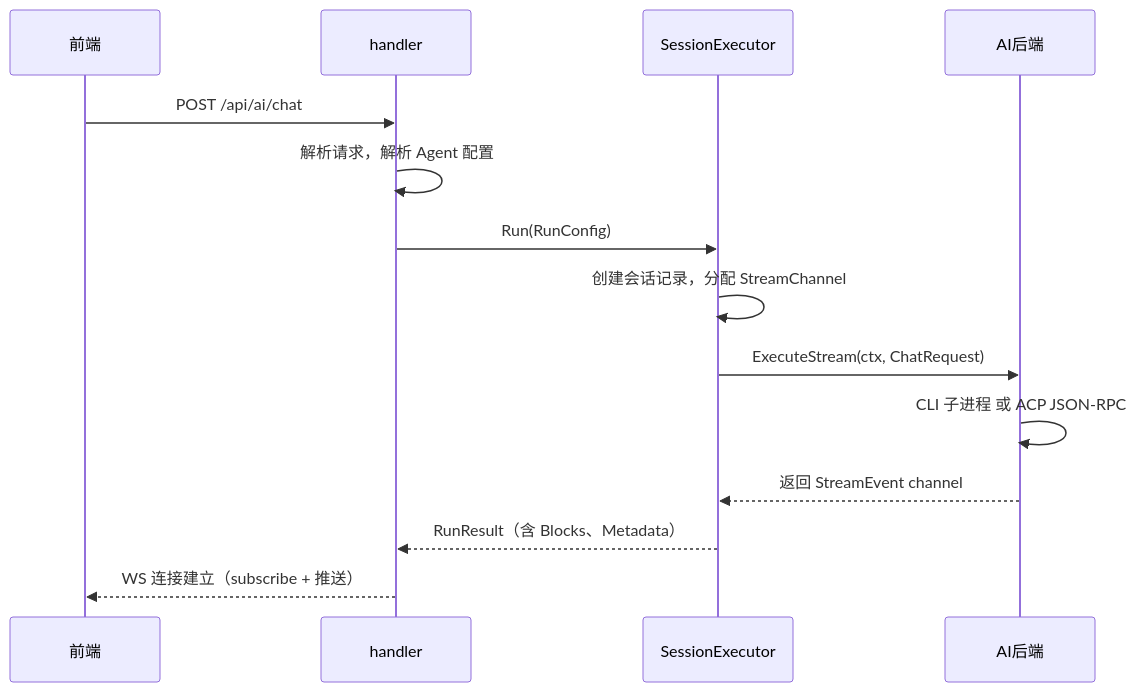
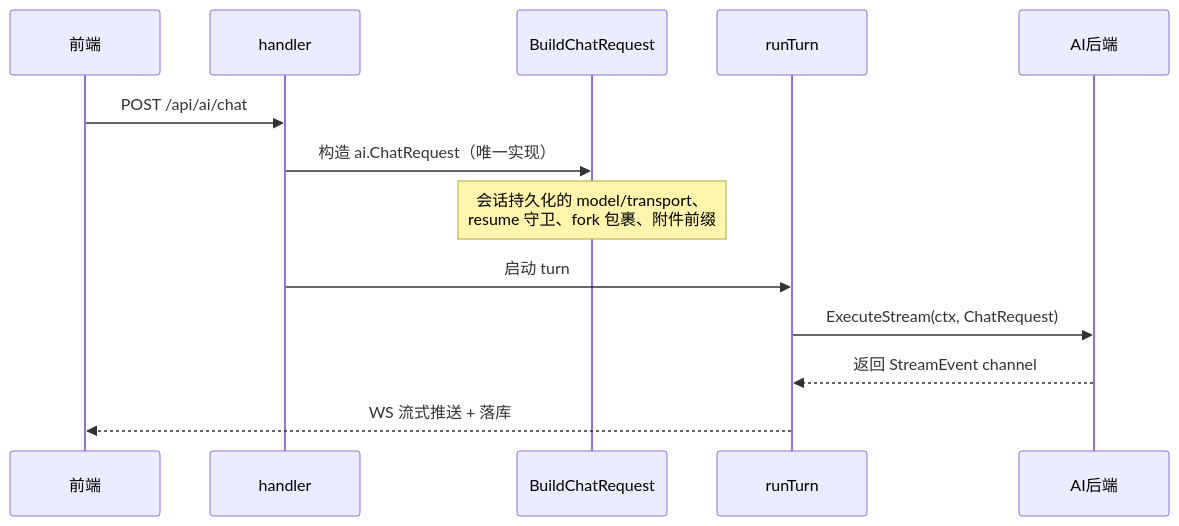
Before and after one commit to clawbench-dev/clawbench: the first of 5 diagrams in docs/spec/core/chat-flow.md, drawn with Mermaid. The commit also changed other lines of this file and 17 other files, not shown here.

````diff
--- a/docs/spec/core/chat-flow.md
+++ b/docs/spec/core/chat-flow.md
@@ -9,17 +9,16 @@
 ```mermaid
 sequenceDiagram
     participant 前端
     participant handler
-    participant SessionExecutor
+    participant BuildChatRequest
+    participant runTurn
     participant AI后端
 
     前端->>handler: POST /api/ai/chat
-    handler->>handler: 解析请求，解析 Agent 配置
-    handler->>SessionExecutor: Run(RunConfig)
-    SessionExecutor->>SessionExecutor: 创建会话记录，分配 StreamChannel
-    SessionExecutor->>AI后端: ExecuteStream(ctx, ChatRequest)
-    AI后端->>AI后端: CLI 子进程 或 ACP JSON-RPC
-    AI后端-->>SessionExecutor: 返回 StreamEvent channel
-    SessionExecutor-->>handler: RunResult（含 Blocks、Metadata）
-    handler-->>前端: WS 连接建立（subscribe + 推送）
+    handler->>BuildChatRequest: 构造 ai.ChatRequest（唯一实现）
+    Note over BuildChatRequest: 会话持久化的 model/transport、<br/>resume 守卫、fork 包裹、附件前缀
+    handler->>runTurn: 启动 turn
+    runTurn->>AI后端: ExecuteStream(ctx, ChatRequest)
+    AI后端-->>runTurn: 返回 StreamEvent channel
+    runTurn-->>前端: WS 流式推送 + 落库
 ```
````
